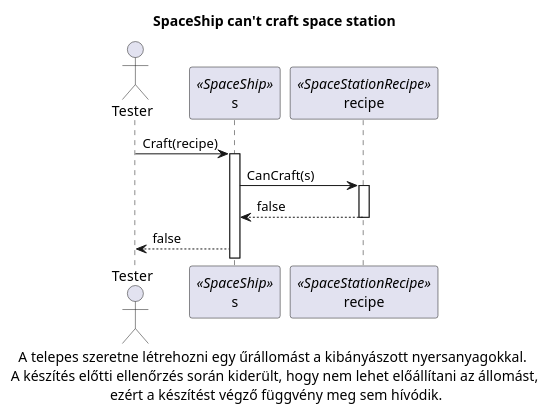
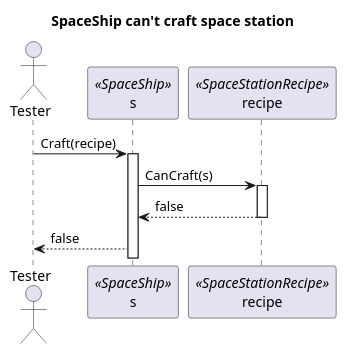
The diagram in docs/Skeleton/diagrams/Craft_space_station/sequence/4.Cant_craft_station.puml (viseguard-studios/Documentation), drawn with PlantUML before and after one commit. The commit also changed 14 other files, not shown here.

Commit message:
update uml

```diff
--- a/docs/Skeleton/diagrams/Craft_space_station/sequence/4.Cant_craft_station.puml
+++ b/docs/Skeleton/diagrams/Craft_space_station/sequence/4.Cant_craft_station.puml
@@ -1,20 +1,18 @@
 @startuml
 
 actor Tester as Tester
 participant s as s <<SpaceShip>>
 participant recipe as recipe <<SpaceStationRecipe>>
 
 
 title SpaceShip can't craft space station
 
 Tester -> s++: Craft(recipe)
 
 s-> recipe++: CanCraft(s)
 recipe --> s --: false
 
-s--> Tester: false
-
-caption  A telepes szeretne létrehozni egy űrállomást a kibányászott nyersanyagokkal. \n A készítés előtti ellenőrzés során kiderült, hogy nem lehet előállítani az állomást, \n ezért a készítést végző függvény meg sem hívódik. 
+s--> Tester: false 
 
 
 @enduml
```
